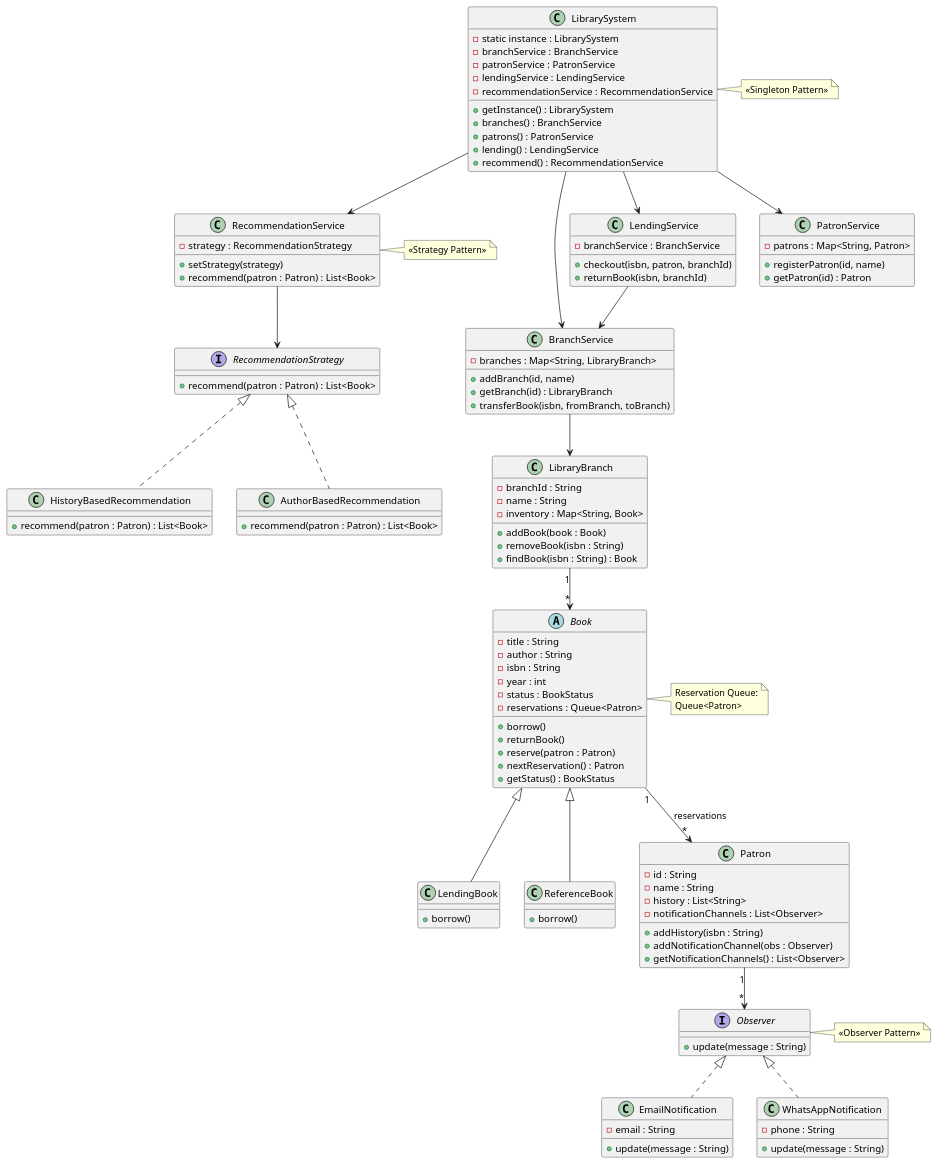
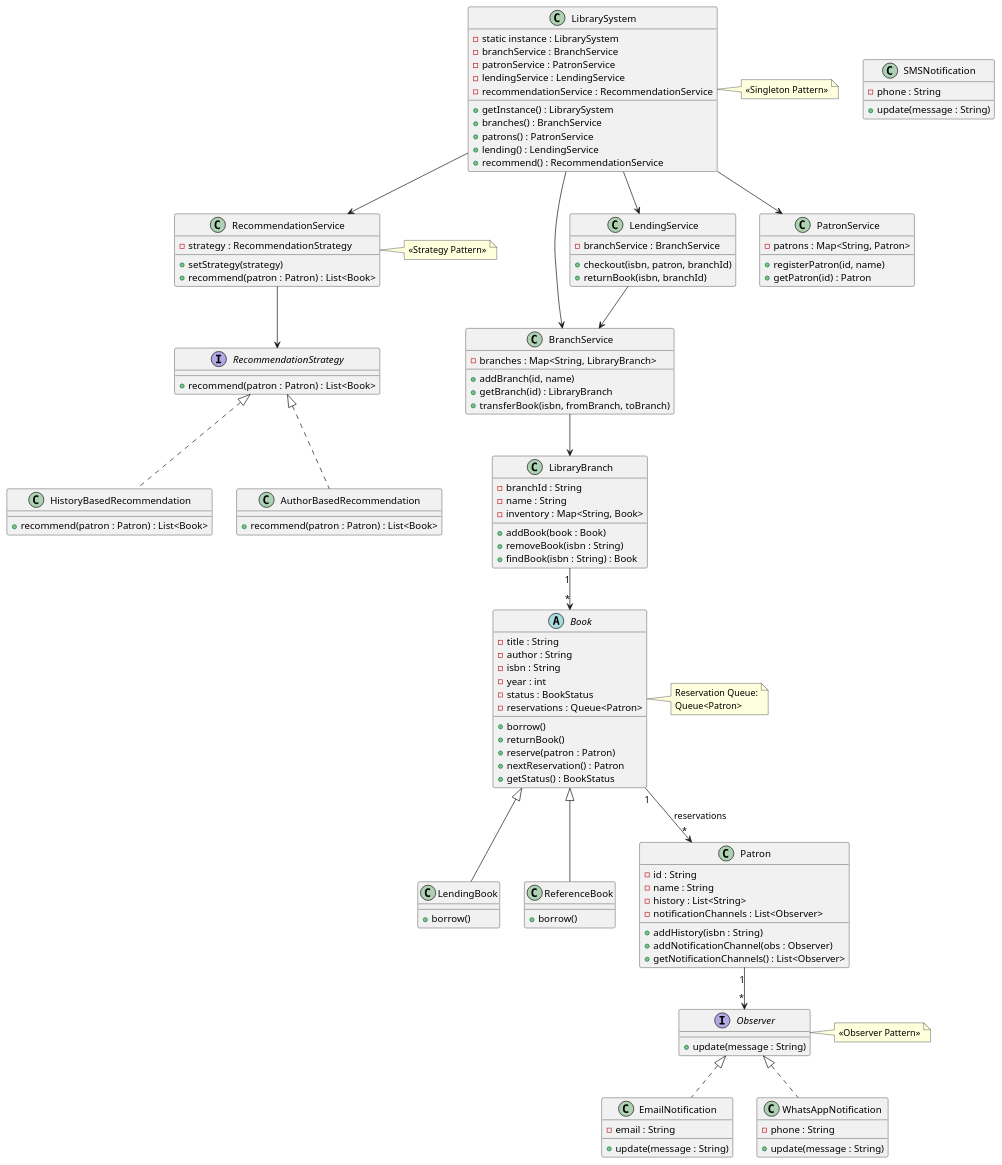
The diagram in src/com/airtribe/libraryManagementSystem/docs/class-diagram.puml (Subramanian1107/LibraryManagementSystem), drawn with PlantUML before and after one commit.

```diff
--- a/src/com/airtribe/libraryManagementSystem/docs/class-diagram.puml
+++ b/src/com/airtribe/libraryManagementSystem/docs/class-diagram.puml
@@ -1,179 +1,185 @@
 @startuml
 
 ' =========================
 ' Core System (Singleton)
 ' =========================
 class LibrarySystem {
   - static instance : LibrarySystem
   - branchService : BranchService
   - patronService : PatronService
   - lendingService : LendingService
   - recommendationService : RecommendationService
 
   + getInstance() : LibrarySystem
   + branches() : BranchService
   + patrons() : PatronService
   + lending() : LendingService
   + recommend() : RecommendationService
 }
 
 note right of LibrarySystem
 <<Singleton Pattern>>
 end note
 
 ' =========================
 ' Branch Management
 ' =========================
 class BranchService {
   - branches : Map<String, LibraryBranch>
 
   + addBranch(id, name)
   + getBranch(id) : LibraryBranch
   + transferBook(isbn, fromBranch, toBranch)
 }
 
 class LibraryBranch {
   - branchId : String
   - name : String
   - inventory : Map<String, Book>
 
   + addBook(book : Book)
   + removeBook(isbn : String)
   + findBook(isbn : String) : Book
 }
 
 ' =========================
 ' Book Hierarchy
 ' =========================
 abstract class Book {
   - title : String
   - author : String
   - isbn : String
   - year : int
   - status : BookStatus
   - reservations : Queue<Patron>
 
   + borrow()
   + returnBook()
   + reserve(patron : Patron)
   + nextReservation() : Patron
   + getStatus() : BookStatus
 }
 
 class LendingBook {
   + borrow()
 }
 
 class ReferenceBook {
   + borrow()
 }
 
 Book <|-- LendingBook
 Book <|-- ReferenceBook
 
 note right of Book
 Reservation Queue:
 Queue<Patron>
 end note
 
 ' =========================
 ' Patron
 ' =========================
 class Patron {
   - id : String
   - name : String
   - history : List<String>
   - notificationChannels : List<Observer>
 
   + addHistory(isbn : String)
   + addNotificationChannel(obs : Observer)
   + getNotificationChannels() : List<Observer>
 }
 
 ' =========================
 ' Observer Pattern
 ' =========================
 interface Observer {
   + update(message : String)
 }
 
 class EmailNotification {
   - email : String
   + update(message : String)
 }
 
+class SMSNotification {
+  - phone : String
+  + update(message : String)
+}
+
+
 class WhatsAppNotification {
   - phone : String
   + update(message : String)
 }
 
 Observer <|.. EmailNotification
 Observer <|.. WhatsAppNotification
 
 note right of Observer
 <<Observer Pattern>>
 end note
 
 ' =========================
 ' Recommendation (Strategy)
 ' =========================
 interface RecommendationStrategy {
   + recommend(patron : Patron) : List<Book>
 }
 
 class HistoryBasedRecommendation {
   + recommend(patron : Patron) : List<Book>
 }
 
 class AuthorBasedRecommendation {
   + recommend(patron : Patron) : List<Book>
 }
 
 RecommendationStrategy <|.. HistoryBasedRecommendation
 RecommendationStrategy <|.. AuthorBasedRecommendation
 
 class RecommendationService {
   - strategy : RecommendationStrategy
 
   + setStrategy(strategy)
   + recommend(patron : Patron) : List<Book>
 }
 
 note right of RecommendationService
 <<Strategy Pattern>>
 end note
 
 ' =========================
 ' Lending Service
 ' =========================
 class LendingService {
   - branchService : BranchService
 
   + checkout(isbn, patron, branchId)
   + returnBook(isbn, branchId)
 }
 
 class PatronService {
   - patrons : Map<String, Patron>
 
   + registerPatron(id, name)
   + getPatron(id) : Patron
 }
 
 ' =========================
 ' Relationships
 ' =========================
 LibrarySystem --> BranchService
 LibrarySystem --> PatronService
 LibrarySystem --> LendingService
 LibrarySystem --> RecommendationService
 
 BranchService --> LibraryBranch
 LibraryBranch "1" --> "*" Book
 Book "1" --> "*" Patron : reservations
 Patron "1" --> "*" Observer
 
 LendingService --> BranchService
 RecommendationService --> RecommendationStrategy
 
 @enduml
```
